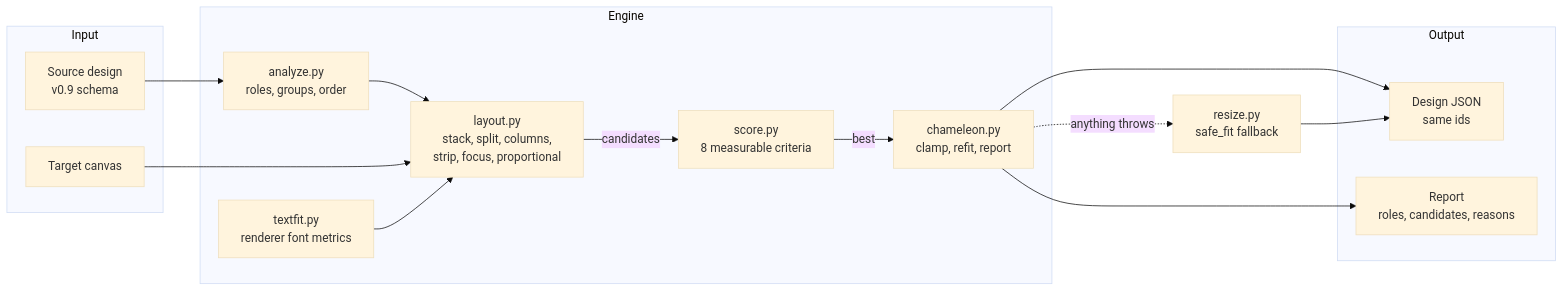
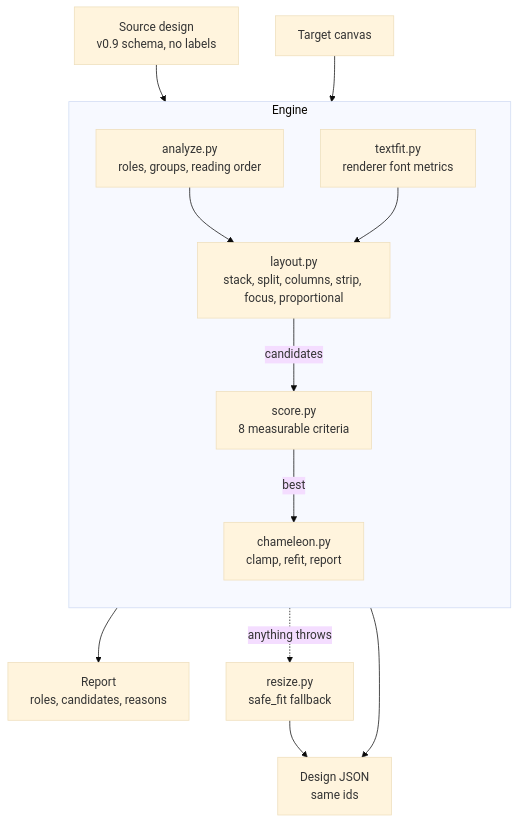
Before and after one commit to VolodymyrLinuxovich/chameleon: the first of 2 diagrams in README.md, drawn with Mermaid (base theme). The commit also changed other lines of this file, not shown here.

Commit message:
Make the README diagrams render at full size on GitHub
The architecture flowchart now runs top to bottom and the sequence
diagram has shorter labels and tighter spacing, so GitHub no longer
shrinks them to half size.

````diff
--- a/README.md
+++ b/README.md
@@ -116,28 +116,18 @@
 ```mermaid
-flowchart LR
-    subgraph IN["Input"]
-        SRC[Source design<br/>v0.9 schema]
-        TGT[Target canvas]
-    end
+flowchart TB
+    SRC[Source design<br/>v0.9 schema, no labels] --> AN
+    TGT[Target canvas] --> LY
 
     subgraph ENG["Engine"]
-        AN[analyze.py<br/>roles, groups, order]
-        TF[textfit.py<br/>renderer font metrics]
-        LY[layout.py<br/>stack, split, columns,<br/>strip, focus, proportional]
-        SC[score.py<br/>8 measurable criteria]
+        direction TB
+        AN[analyze.py<br/>roles, groups, reading order] --> LY
+        TF[textfit.py<br/>renderer font metrics] --> LY
+        LY[layout.py<br/>stack, split, columns, strip, focus, proportional] -->|candidates| SC
+        SC[score.py<br/>8 measurable criteria] -->|best| FN
         FN[chameleon.py<br/>clamp, refit, report]
     end
 
-    subgraph OUT["Output"]
-        JS[Design JSON<br/>same ids]
-        RP[Report<br/>roles, candidates, reasons]
-    end
-
-    SRC --> AN --> LY
-    TGT --> LY
-    TF --> LY
-    LY -->|candidates| SC -->|best| FN
-    FN --> JS
-    FN --> RP
+    FN --> JS[Design JSON<br/>same ids]
+    FN --> RP[Report<br/>roles, candidates, reasons]
     FN -.anything throws.-> SF[resize.py<br/>safe_fit fallback] --> JS
 ```
````
